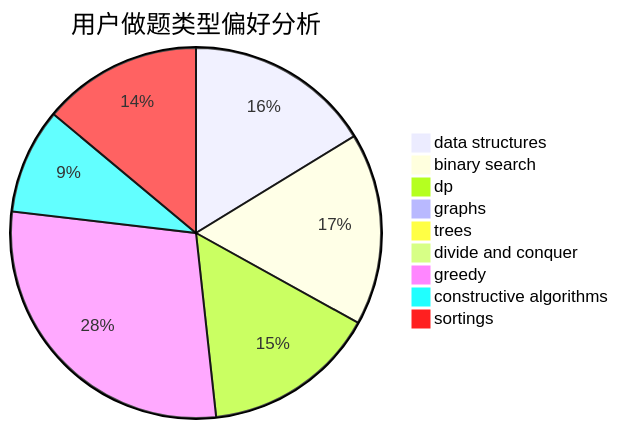
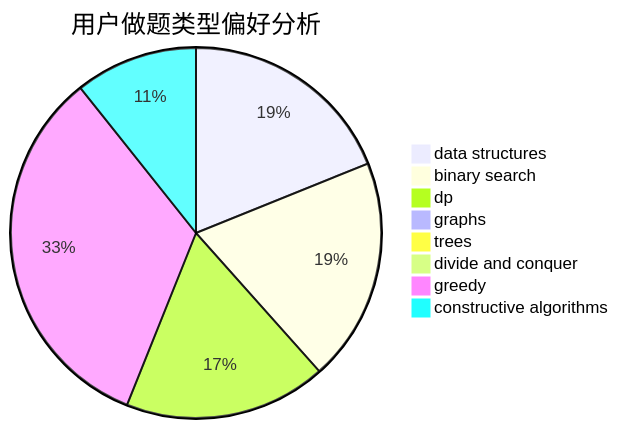
The second of 3 diagrams in docs/user/u612.md (sherpahu/cfrs.github.io), drawn with Mermaid before and after one commit. The commit also changed other lines of this file and 2769 other files, not shown here.

````diff
--- a/docs/user/u612.md
+++ b/docs/user/u612.md
@@ -18,12 +18,11 @@
 ```mermaid
 pie title 用户做题类型偏好分析
     "data structures" :  510
     "binary search" :  527
     "dp" :  477
     "graphs" :  27
     "trees" :  0
     "divide and conquer" :  0
     "greedy" :  897
     "constructive algorithms" :  289
-    "sortings" :  437
 ```
````
